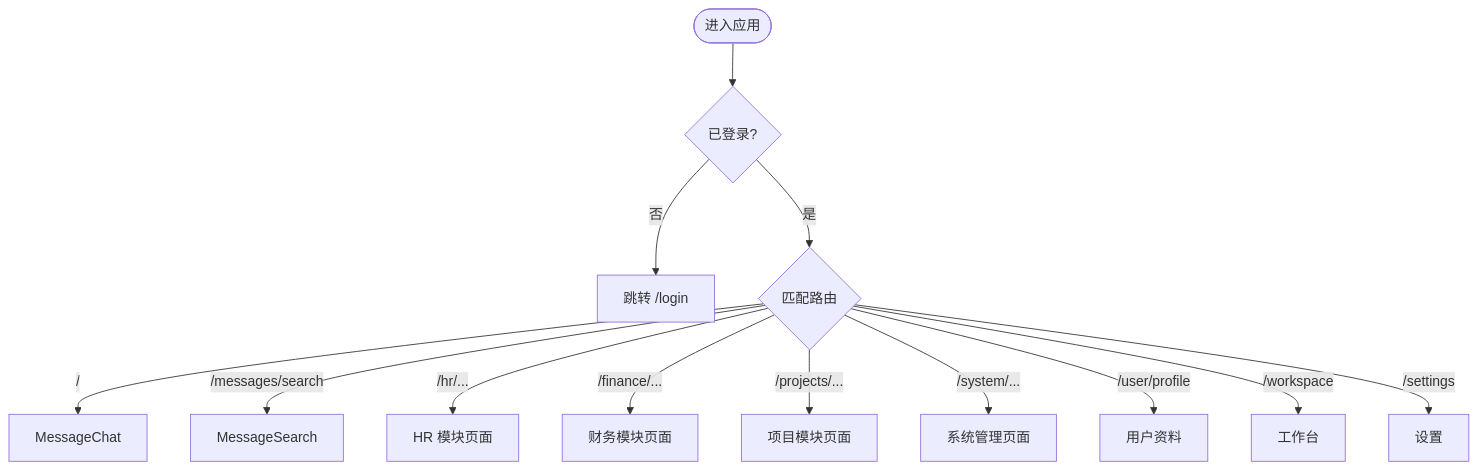
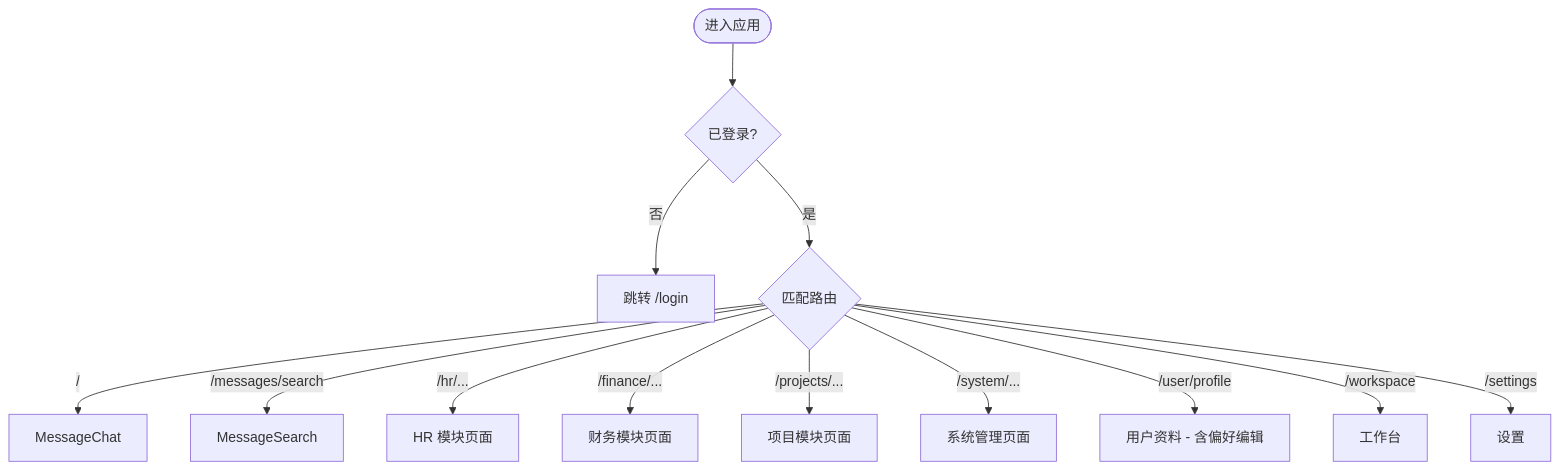
The third of 14 diagrams in .qoder/repowiki/zh/content/前端应用/前端应用.md (runningcoders/ai_orz), drawn with Mermaid before and after one commit. The commit also changed other lines of this file and 5 other files, not shown here.

````diff
--- a/.qoder/repowiki/zh/content/前端应用/前端应用.md
+++ b/.qoder/repowiki/zh/content/前端应用/前端应用.md
@@ -173,15 +191,15 @@
 ```mermaid
 flowchart TD
 Start(["进入应用"]) --> CheckAuth{"已登录?"}
 CheckAuth -- 否 --> ToLogin["跳转 /login"]
 CheckAuth -- 是 --> ChooseRoute{"匹配路由"}
 ChooseRoute --> |/| Chat["MessageChat"]
 ChooseRoute --> |/messages/search| Search["MessageSearch"]
 ChooseRoute --> |/hr/...| HR["HR 模块页面"]
 ChooseRoute --> |/finance/...| Finance["财务模块页面"]
 ChooseRoute --> |/projects/...| Project["项目模块页面"]
 ChooseRoute --> |/system/...| System["系统管理页面"]
-ChooseRoute --> |/user/profile| Profile["用户资料"]
+ChooseRoute --> |/user/profile| Profile["用户资料 - 含偏好编辑"]
 ChooseRoute --> |/workspace| Workspace["工作台"]
 ChooseRoute --> |/settings| Settings["设置"]
 ```
````
